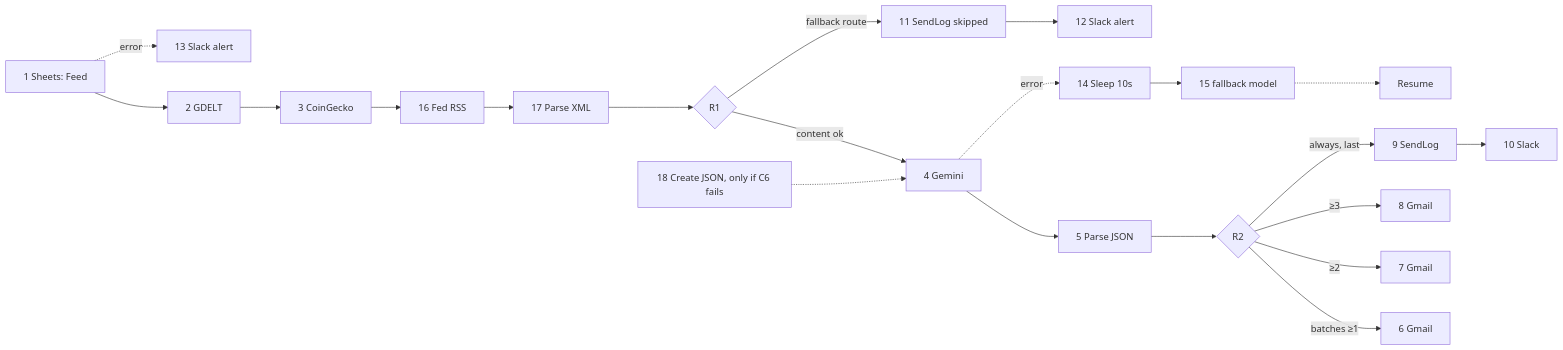
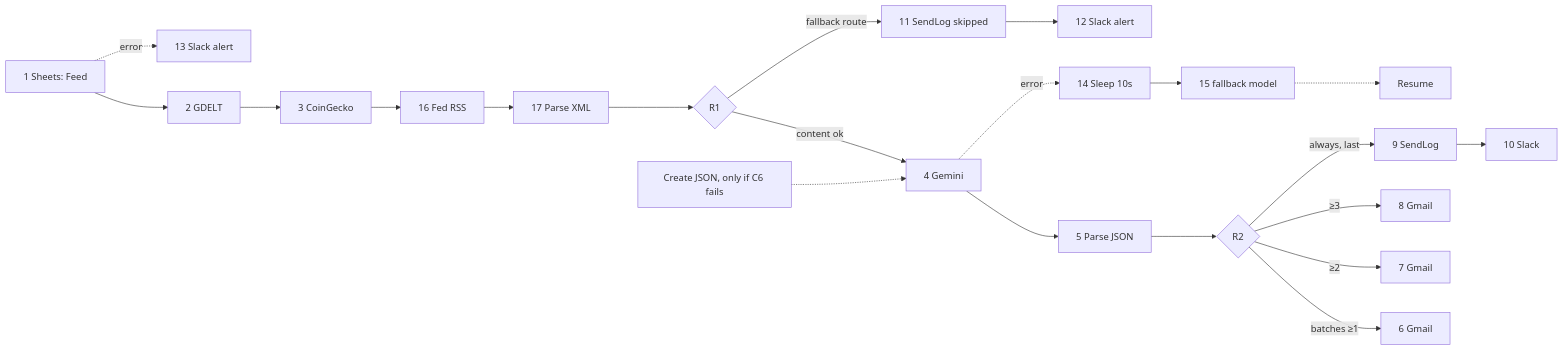
Before and after one commit to notm33na/morningmarket: the second of 2 diagrams in docs/ARCHITECTURE.md, drawn with Mermaid. The commit also changed other lines of this file and 3 other files, not shown here.

````diff
--- a/docs/ARCHITECTURE.md
+++ b/docs/ARCHITECTURE.md
@@ -24,13 +24,13 @@
 ```mermaid
 flowchart LR
   M1[1 Sheets: Feed] --> M2[2 GDELT] --> M3[3 CoinGecko] --> M16[16 Fed RSS] --> M17[17 Parse XML] --> R1{R1}
   R1 -->|content ok| M4[4 Gemini] --> M5[5 Parse JSON] --> R2{R2}
   R2 -->|batches ≥1| M6[6 Gmail]
   R2 -->|≥2| M7[7 Gmail]
   R2 -->|≥3| M8[8 Gmail]
   R2 -->|always, last| M9[9 SendLog] --> M10[10 Slack]
   R1 -->|fallback route| M11[11 SendLog skipped] --> M12[12 Slack alert]
   M1 -.error.-> M13[13 Slack alert]
   M4 -.error.-> S1[14 Sleep 10s] --> M4r[15 fallback model] -.-> RES[Resume]
-  M18[18 Create JSON, only if C6 fails] -.-> M4
+  MCJ[Create JSON, only if C6 fails] -.-> M4
 ```
````
